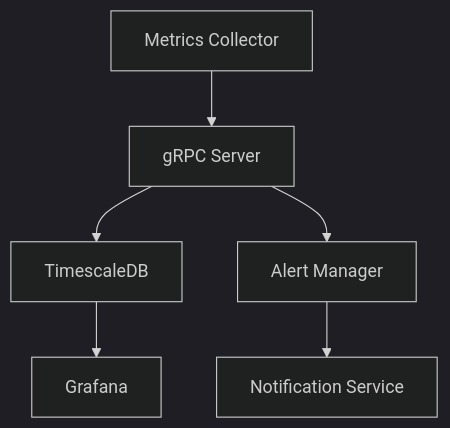
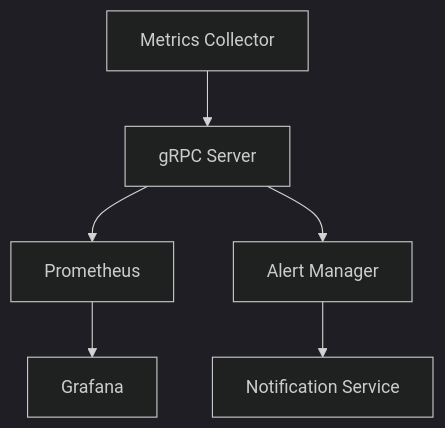
Before and after one commit to violetaplum/go-metric-watcher: the diagram in README.md, drawn with Mermaid (dark theme). The commit also changed other lines of this file and 3 other files, not shown here.

````diff
--- a/README.md
+++ b/README.md
@@ -69,8 +64,8 @@
 ```mermaid
 graph TD
     A[Metrics Collector] --> B[gRPC Server]
-    B --> C[TimescaleDB]
+    B --> C[Prometheus]
     C --> D[Grafana]
     B --> E[Alert Manager]
     E --> F[Notification Service]
 ```
````
